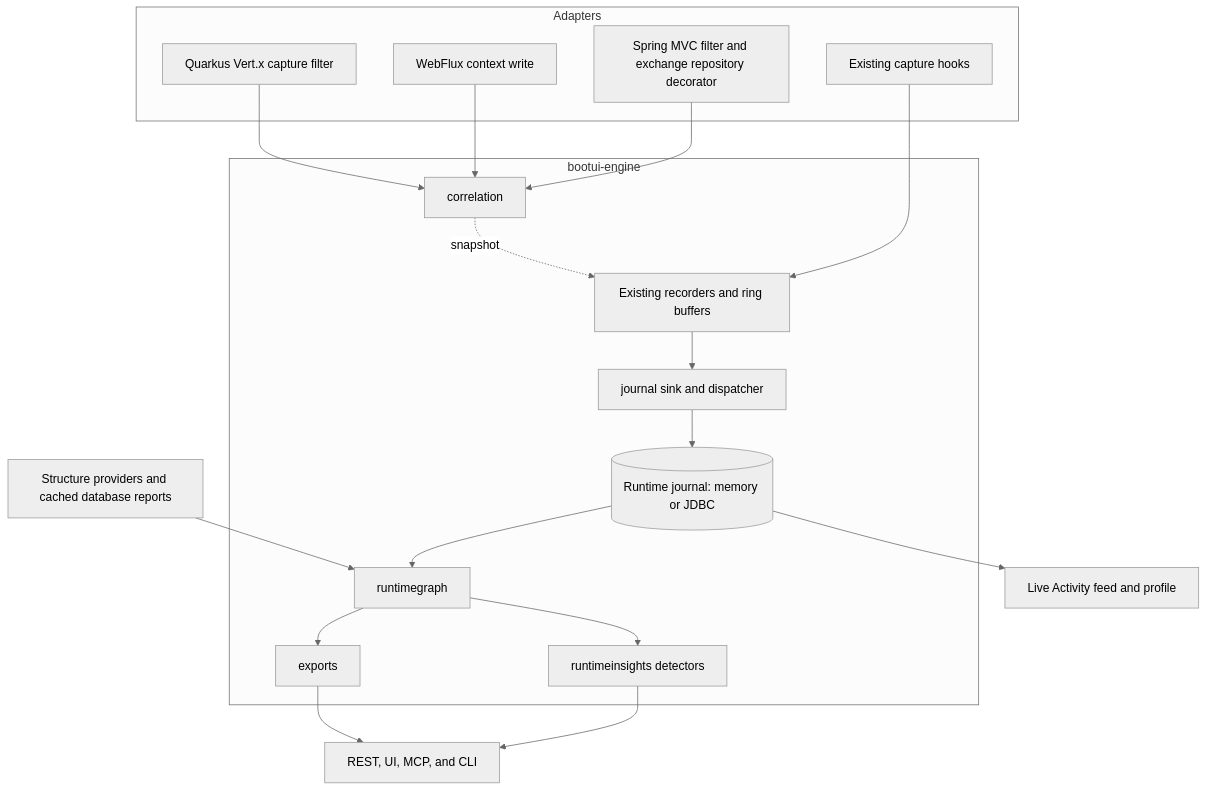
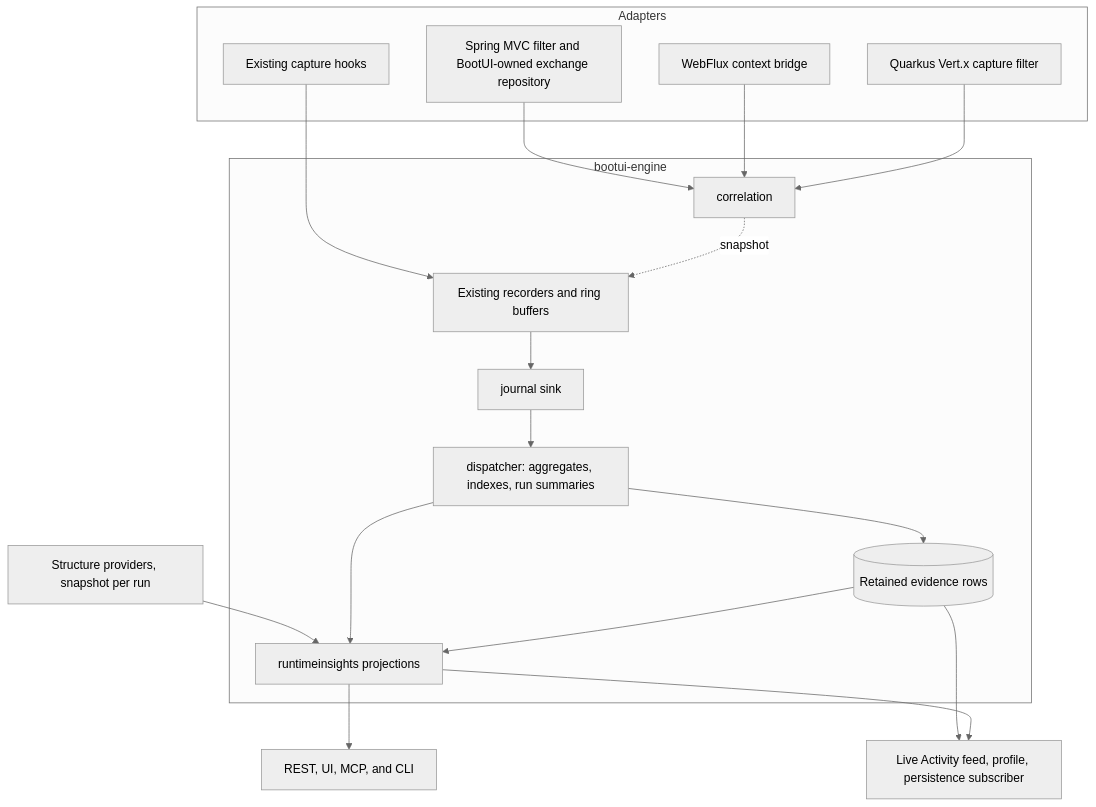
One commit to jdubois/boot-ui changed the second of 2 diagrams in docs/PLAN-v2.md. Above: the diagram before and after it, drawn with Mermaid (neutral theme). The commit also changed other lines of this file, not shown here.

First line of the commit message:
Revise the BootUI v2 plan after three audits

````diff
--- a/docs/PLAN-v2.md
+++ b/docs/PLAN-v2.md
@@ -528,31 +612,30 @@
 ```mermaid
 flowchart TB
   subgraph Adapters
-    MVC[Spring MVC filter and exchange repository decorator]
-    FLUX[WebFlux context write]
+    MVC[Spring MVC filter and BootUI-owned exchange repository]
+    FLUX[WebFlux context bridge]
     QK[Quarkus Vert.x capture filter]
     HOOKS[Existing capture hooks]
   end
   subgraph Engine[bootui-engine]
     CC[correlation]
     REC[Existing recorders and ring buffers]
-    SINK[journal sink and dispatcher]
-    J[(Runtime journal: memory or JDBC)]
-    G[runtimegraph]
-    D[runtimeinsights detectors]
-    X[exports]
+    SINK[journal sink]
+    DISP[dispatcher: aggregates, indexes, run summaries]
+    J[(Retained evidence rows)]
+    P[runtimeinsights projections]
   end
   MVC --> CC
   FLUX --> CC
   QK --> CC
   HOOKS --> REC
   CC -.snapshot.-> REC
-  REC --> SINK --> J
-  J --> G
-  STRUCT[Structure providers and cached database reports] --> G
-  G --> D
-  G --> X
-  D --> API[REST, UI, MCP, and CLI]
-  X --> API
-  J --> LA[Live Activity feed and profile]
+  REC --> SINK --> DISP
+  DISP --> J
+  STRUCT[Structure providers, snapshot per run] --> P
+  DISP --> P
+  J --> P
+  J --> LA[Live Activity feed, profile, persistence subscriber]
+  P --> API[REST, UI, MCP, and CLI]
+  P --> LA
 ```
````
